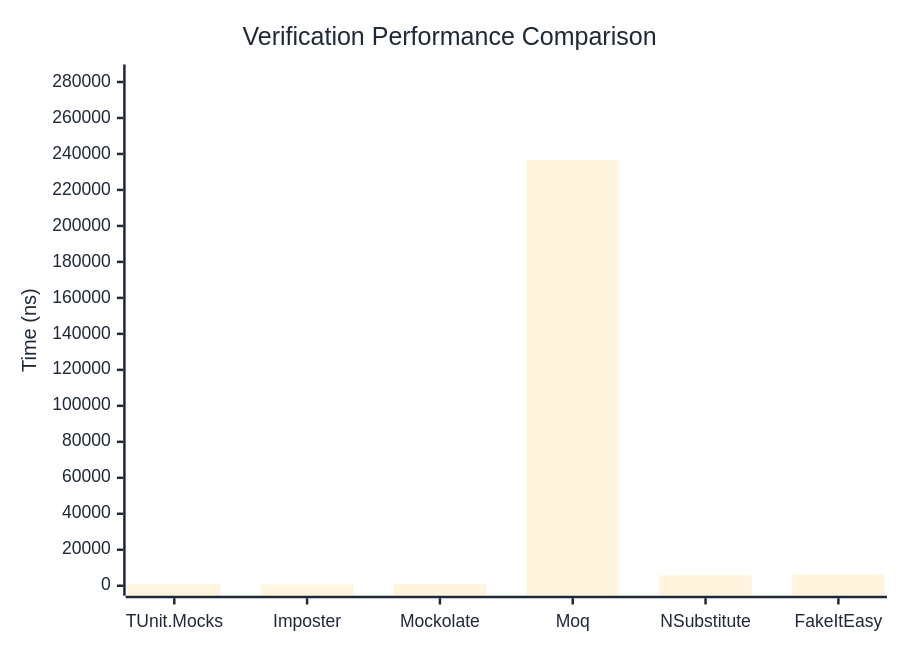
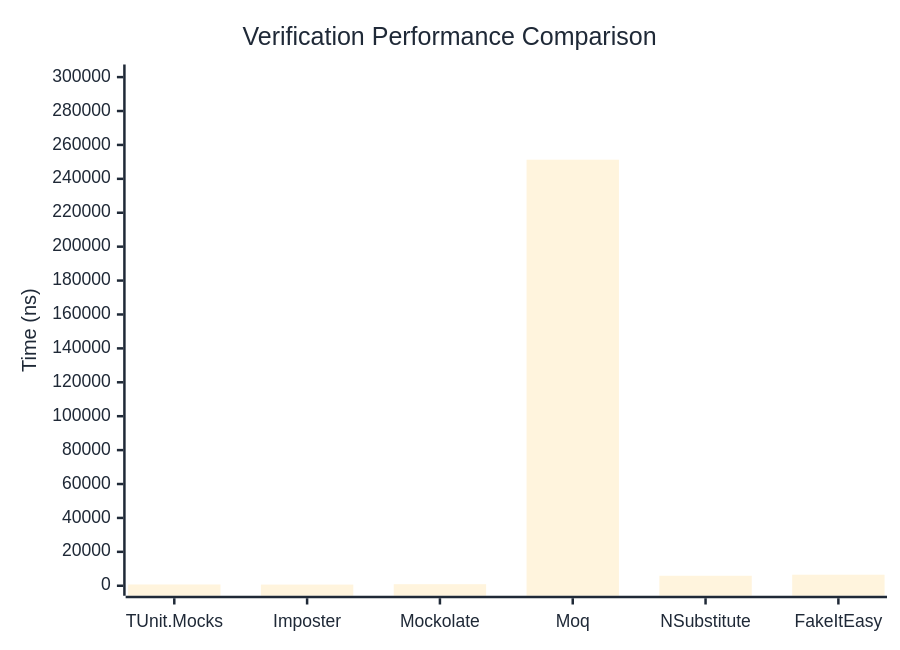
The first of 3 diagrams in docs/docs/benchmarks/mocks/Verification.md (thomhurst/TUnit), drawn with Mermaid before and after one commit. The commit also changed other lines of this file and 14 other files, not shown here.

````diff
--- a/docs/docs/benchmarks/mocks/Verification.md
+++ b/docs/docs/benchmarks/mocks/Verification.md
@@ -28,27 +28,27 @@
 ```mermaid
 %%{init: {
   'theme':'base',
   'themeVariables': {
     'primaryColor': '#2563eb',
     'primaryTextColor': '#1f2937',
     'primaryBorderColor': '#1e40af',
     'lineColor': '#6b7280',
     'secondaryColor': '#7c3aed',
     'tertiaryColor': '#dc2626',
     'background': '#ffffff',
     'pie1': '#2563eb',
     'pie2': '#7c3aed',
     'pie3': '#dc2626',
     'pie4': '#f59e0b',
     'pie5': '#10b981',
     'pie6': '#06b6d4',
     'pie7': '#ec4899',
     'pie8': '#6366f1'
   }
 }}%%
 xychart-beta
   title "Verification Performance Comparison"
   x-axis ["TUnit.Mocks", "Imposter", "Mockolate", "Moq", "NSubstitute", "FakeItEasy"]
-  y-axis "Time (ns)" 0 --> 284166
-  bar [752.33, 737.09, 950.68, 236804.32, 5843.3, 6279.63]
+  y-axis "Time (ns)" 0 --> 301539
+  bar [756.07, 688.82, 929.28, 251281.81, 5893.75, 6507.83]
 ```
````
